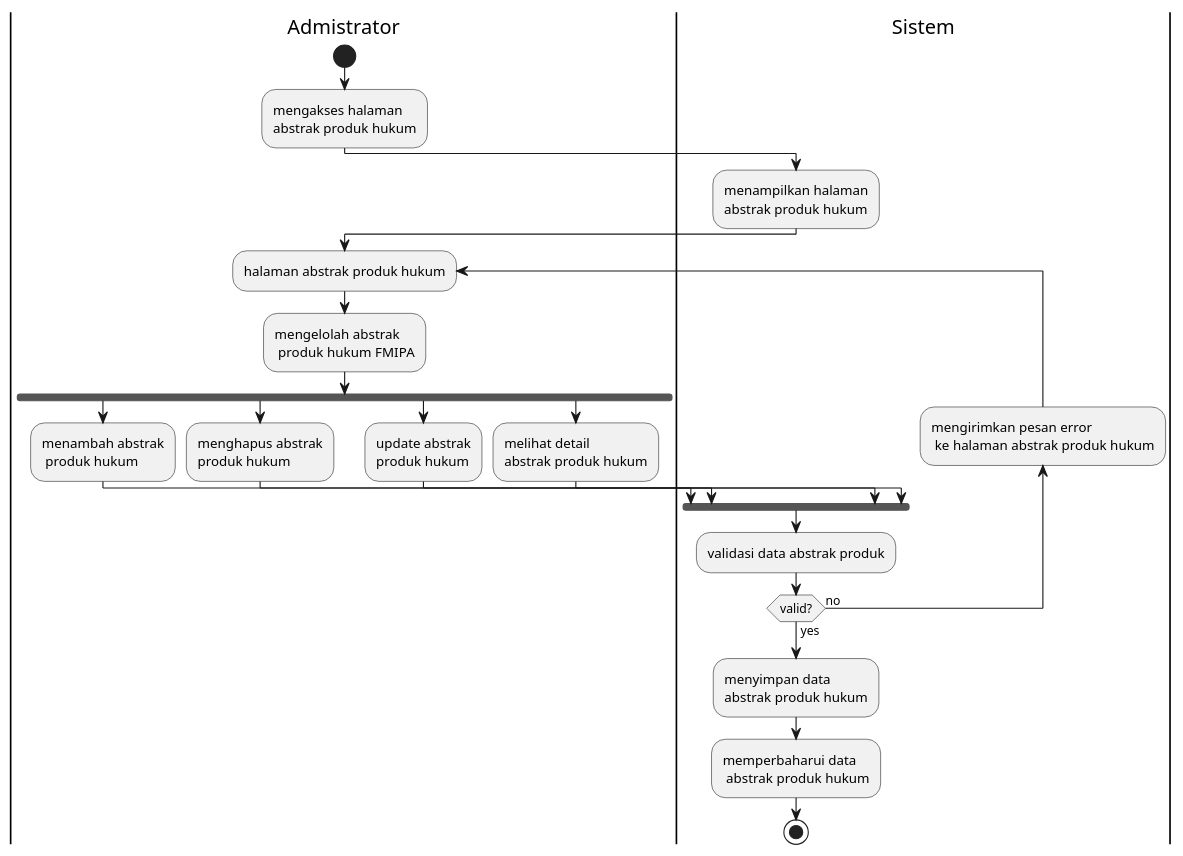
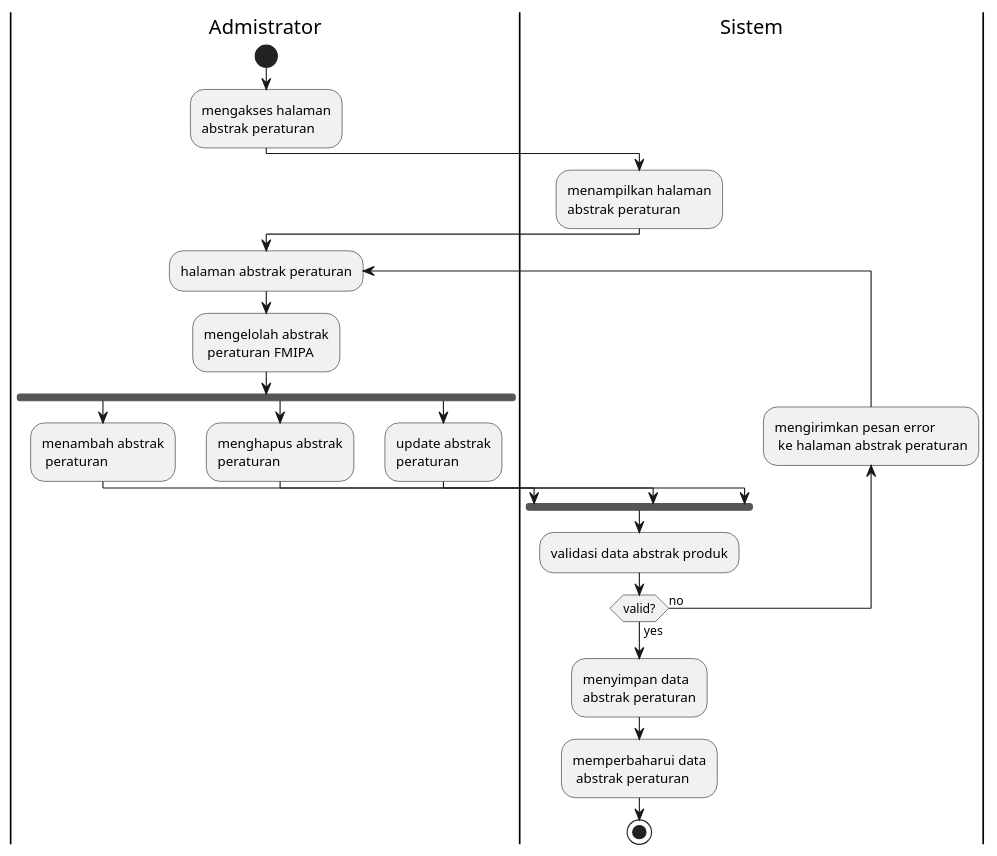
One commit to MIRLANI/JDIH_App_11 changed the diagram in Desain Aplikasi/Pembaruan/admin/abstrakProdukHukum.pu. Above: the diagram before and after it, drawn with PlantUML. The commit also changed 46 other files, not shown here.

```diff
--- a/Desain Aplikasi/Pembaruan/admin/abstrakProdukHukum.pu
+++ b/Desain Aplikasi/Pembaruan/admin/abstrakProdukHukum.pu
@@ -1,37 +1,35 @@
 @startuml
 
 |Admistrator|
 start
 :mengakses halaman 
-abstrak produk hukum;
+abstrak peraturan;
 |Sistem|
 :menampilkan halaman 
-abstrak produk hukum;
+abstrak peraturan;
 |Admistrator|
-repeat:halaman abstrak produk hukum;
+repeat:halaman abstrak peraturan;
 :mengelolah abstrak
- produk hukum FMIPA;
+ peraturan FMIPA;
 fork
     :menambah abstrak
-     produk hukum;
+     peraturan;
 fork again
     :menghapus abstrak 
-    produk hukum;
+    peraturan;
 fork again
     :update abstrak 
-    produk hukum;
-fork again
-    :melihat detail 
-    abstrak produk hukum;
+    peraturan;
+
     |Sistem|
 end fork
 :validasi data abstrak produk;
  backward :mengirimkan pesan error
-  ke halaman abstrak produk hukum;
+  ke halaman abstrak peraturan;
 repeat  while (valid?) is (no) not (yes)
 :menyimpan data 
-abstrak produk hukum;
+abstrak peraturan;
 :memperbaharui data
- abstrak produk hukum;
+ abstrak peraturan;
 stop
 @enduml
```
